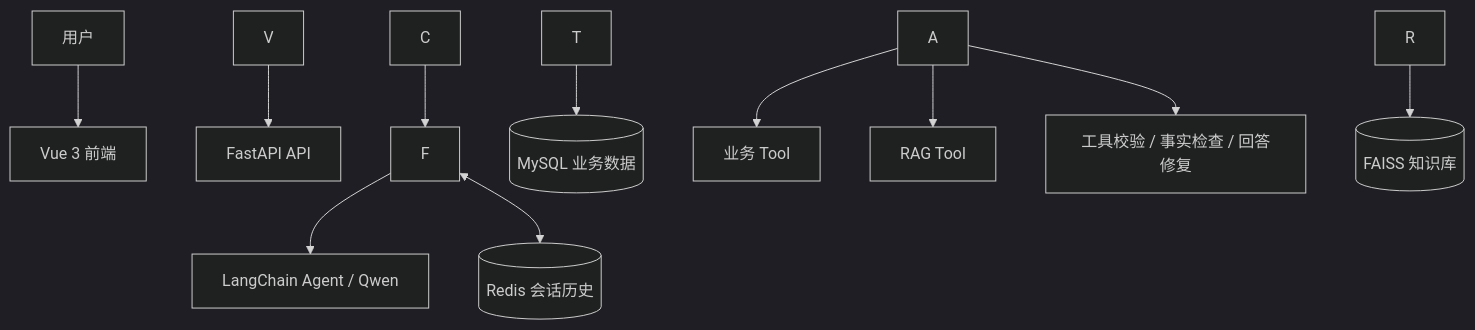
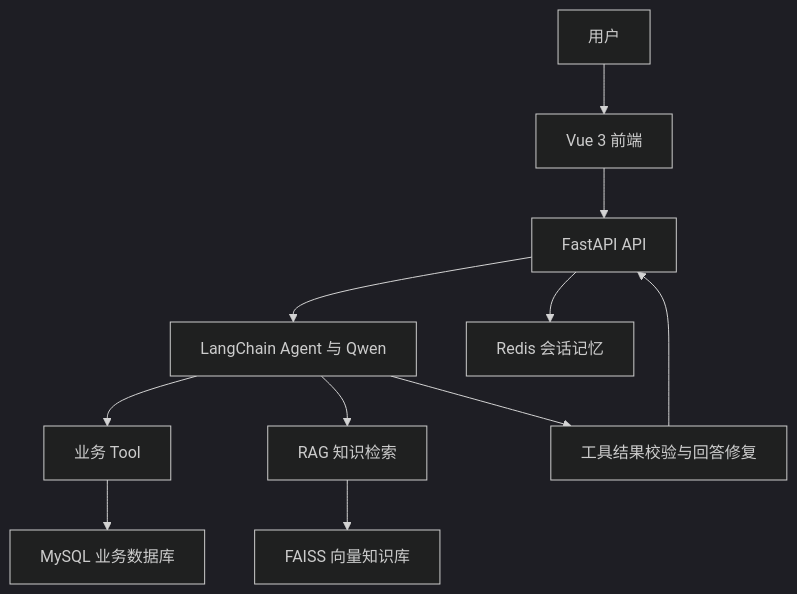
Before and after one commit to Nature-king/yellow-eel-agent: the diagram in README.md, drawn with Mermaid (dark theme).

Commit message:
docs: fix Mermaid architecture diagram

````diff
--- a/README.md
+++ b/README.md
@@ -39,13 +39,13 @@
 ```mermaid
 flowchart TD
-    U\[用户] --> V\[Vue 3 前端]
-    V --> F\[FastAPI API]
-    F --> A\[LangChain Agent / Qwen]
-    F <--> S\[(Redis 会话历史)]
-    A --> T\[业务 Tool]
-    T --> M\[(MySQL 业务数据)]
-    A --> R\[RAG Tool]
-    R --> K\[(FAISS 知识库)]
-    A --> C\[工具校验 / 事实检查 / 回答修复]
+    U["用户"] --> V["Vue 3 前端"]
+    V --> F["FastAPI API"]
+    F --> A["LangChain Agent 与 Qwen"]
+    F --> S["Redis 会话记忆"]
+    A --> T["业务 Tool"]
+    T --> M["MySQL 业务数据库"]
+    A --> R["RAG 知识检索"]
+    R --> K["FAISS 向量知识库"]
+    A --> C["工具结果校验与回答修复"]
     C --> F
 ```
````
